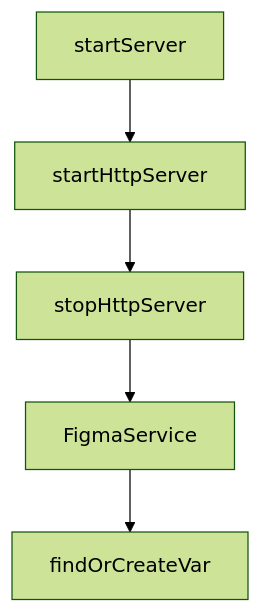
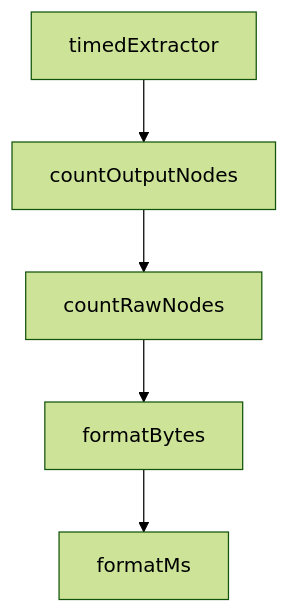
Before and after one commit to johnxie/awesome-code-docs: the diagram in tutorials/figma-context-mcp-tutorial/01-getting-started.md, drawn with Mermaid (forest theme). The commit also changed other lines of this file and 1232 other files, not shown here.

````diff
--- a/tutorials/figma-context-mcp-tutorial/01-getting-started.md
+++ b/tutorials/figma-context-mcp-tutorial/01-getting-started.md
@@ -218,12 +216,12 @@
 ```mermaid
 flowchart TD
-    A[startServer]
-    B[startHttpServer]
-    C[stopHttpServer]
-    D[FigmaService]
-    E[findOrCreateVar]
+    A[timedExtractor]
+    B[countOutputNodes]
+    C[countRawNodes]
+    D[formatBytes]
+    E[formatMs]
     A --> B
     B --> C
     C --> D
     D --> E
 ```
````
